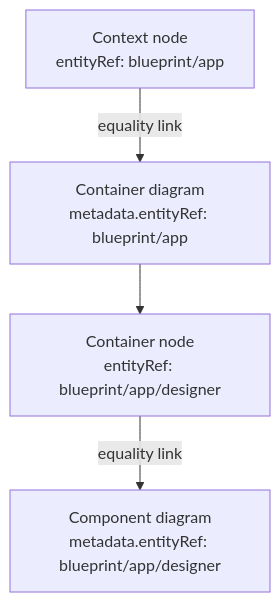
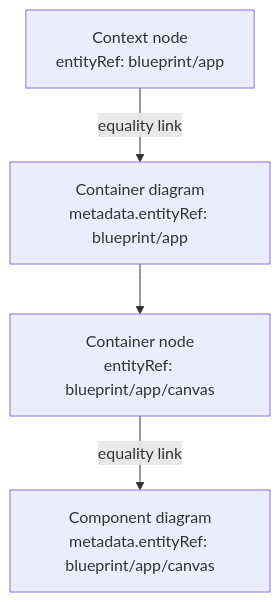
One commit to mzworthington/archlens changed the diagram in docs/ADRs/0002-entityref-hierarchical-diagram-identity.md. Above: the diagram before and after it, drawn with Mermaid. The commit also changed 622 other files, not shown here.

Commit message:
refactor: rename designer to canvas to align language

````diff
--- a/docs/ADRs/0002-entityref-hierarchical-diagram-identity.md
+++ b/docs/ADRs/0002-entityref-hierarchical-diagram-identity.md
@@ -43,11 +43,11 @@
 ```mermaid
 flowchart TD
   CtxNode["Context node<br/>entityRef: blueprint/app"]
   ContDiag["Container diagram<br/>metadata.entityRef: blueprint/app"]
-  ContNode["Container node<br/>entityRef: blueprint/app/designer"]
-  CompDiag["Component diagram<br/>metadata.entityRef: blueprint/app/designer"]
+  ContNode["Container node<br/>entityRef: blueprint/app/canvas"]
+  CompDiag["Component diagram<br/>metadata.entityRef: blueprint/app/canvas"]
 
   CtxNode -->|equality link| ContDiag
   ContDiag --> ContNode
   ContNode -->|equality link| CompDiag
 ```
````
